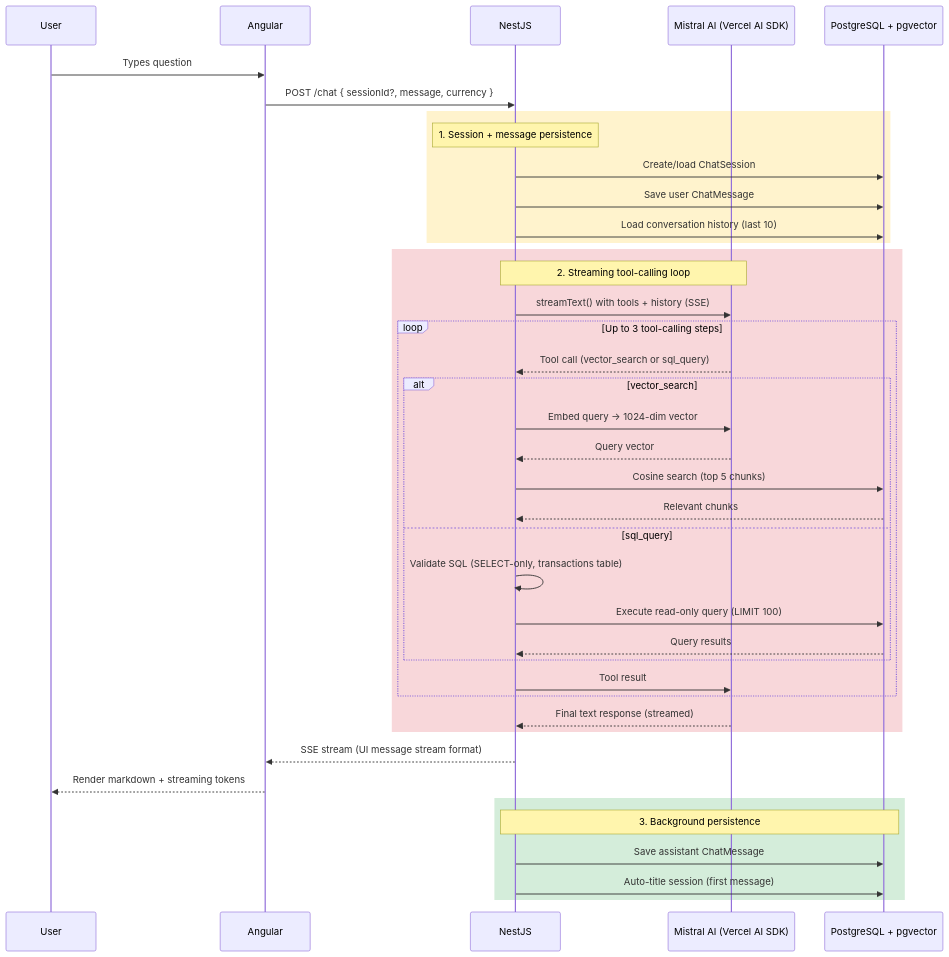
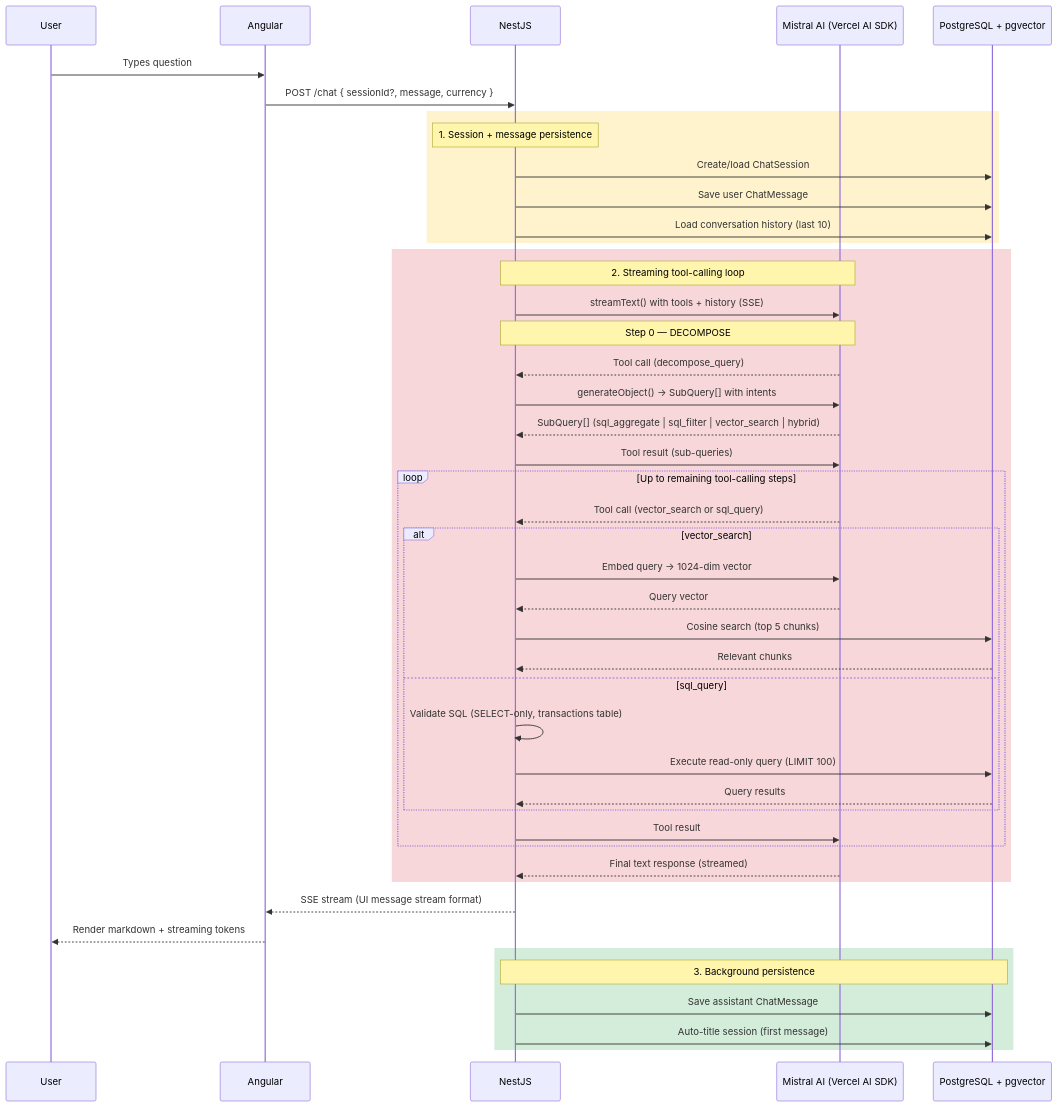
One commit to darth-dodo/ledger changed the third of 7 diagrams in docs/architecture.md. Above: the diagram before and after it, drawn with Mermaid. The commit also changed other lines of this file, not shown here.

Commit message:
docs: update architecture.md for decompose_query tool and 7-tool ReAct loop

````diff
--- a/docs/architecture.md
+++ b/docs/architecture.md
@@ -106,47 +106,52 @@
 ```mermaid
 sequenceDiagram
     participant User
     participant Angular
     participant NestJS
     participant Mistral as Mistral AI (Vercel AI SDK)
     participant pgvector as PostgreSQL + pgvector
 
     User->>Angular: Types question
     Angular->>NestJS: POST /chat { sessionId?, message, currency }
 
     rect rgb(255, 243, 205)
         Note over NestJS: 1. Session + message persistence
         NestJS->>pgvector: Create/load ChatSession
         NestJS->>pgvector: Save user ChatMessage
         NestJS->>pgvector: Load conversation history (last 10)
     end
 
     rect rgb(248, 215, 218)
         Note over NestJS,Mistral: 2. Streaming tool-calling loop
         NestJS->>Mistral: streamText() with tools + history (SSE)
-        loop Up to 3 tool-calling steps
+        Note over NestJS,Mistral: Step 0 — DECOMPOSE
+        Mistral-->>NestJS: Tool call (decompose_query)
+        NestJS->>Mistral: generateObject() → SubQuery[] with intents
+        Mistral-->>NestJS: SubQuery[] (sql_aggregate | sql_filter | vector_search | hybrid)
+        NestJS->>Mistral: Tool result (sub-queries)
+        loop Up to remaining tool-calling steps
             Mistral-->>NestJS: Tool call (vector_search or sql_query)
             alt vector_search
                 NestJS->>Mistral: Embed query → 1024-dim vector
                 Mistral-->>NestJS: Query vector
                 NestJS->>pgvector: Cosine search (top 5 chunks)
                 pgvector-->>NestJS: Relevant chunks
             else sql_query
                 NestJS->>NestJS: Validate SQL (SELECT-only, transactions table)
                 NestJS->>pgvector: Execute read-only query (LIMIT 100)
                 pgvector-->>NestJS: Query results
             end
             NestJS->>Mistral: Tool result
         end
         Mistral-->>NestJS: Final text response (streamed)
     end
 
     NestJS-->>Angular: SSE stream (UI message stream format)
     Angular-->>User: Render markdown + streaming tokens
 
     rect rgb(212, 237, 218)
         Note over NestJS,pgvector: 3. Background persistence
         NestJS->>pgvector: Save assistant ChatMessage
         NestJS->>pgvector: Auto-title session (first message)
     end
 ```
````
